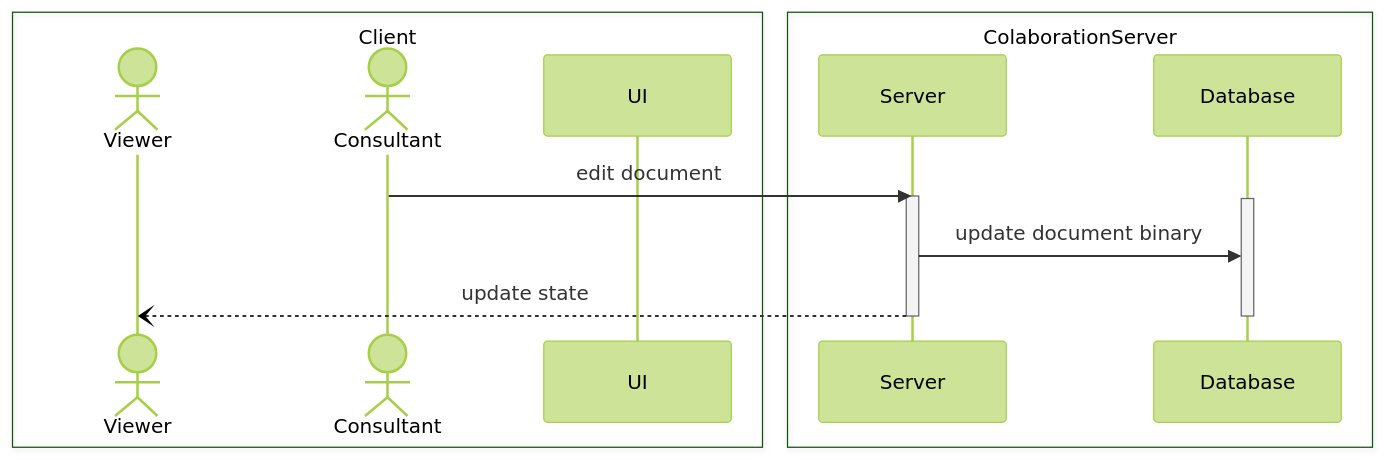
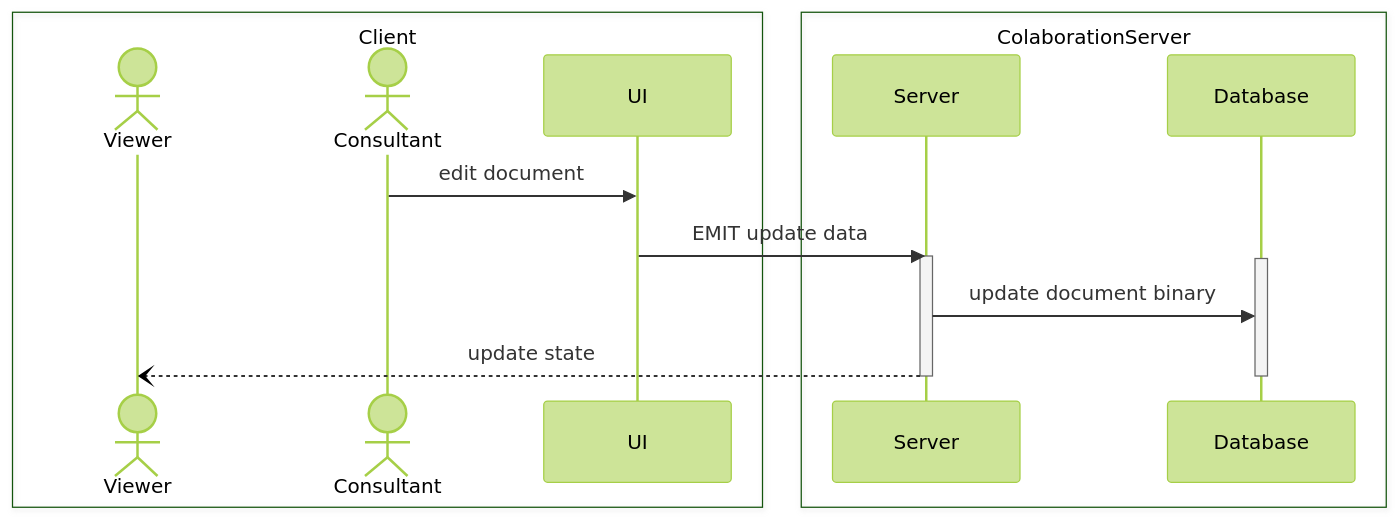
Before and after one commit to williamkmp/sectask-docs: the diagram in sequence-diagram/edit-document.md, drawn with Mermaid (forest theme). The commit also changed 1 other file, not shown here.

````diff
--- a/sequence-diagram/edit-document.md
+++ b/sequence-diagram/edit-document.md
@@ -3,24 +3,25 @@
 ```mermaid
 
     sequenceDiagram
 
         box Client
         actor Viewer
         actor Consultant
         participant UI
         end
 
         box ColaborationServer
         participant Server
         participant Database
         end
 
-        Consultant->>Server: edit document
+        Consultant->>UI: edit document
+        UI->>Server: EMIT update data
         activate Server
         activate Database
         Server->>Database: update document binary
         Server--)Viewer: update state
         deactivate Server
         deactivate Database
         
 ```
````
